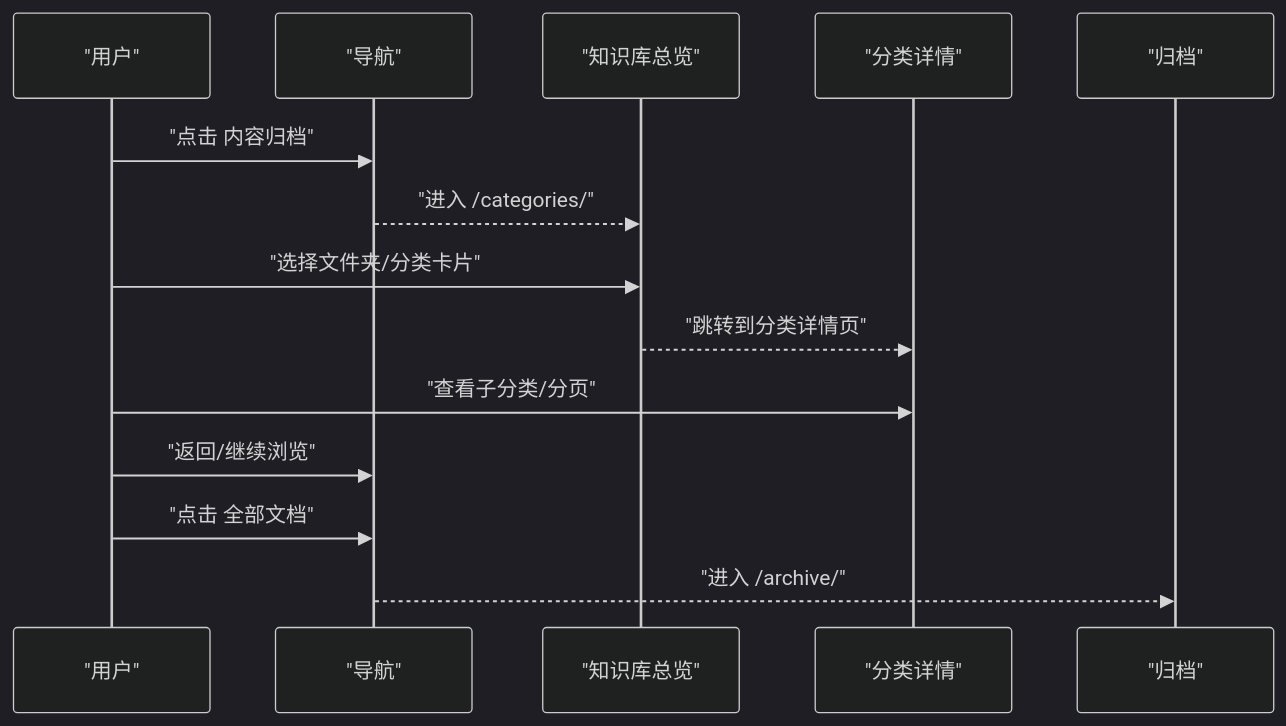
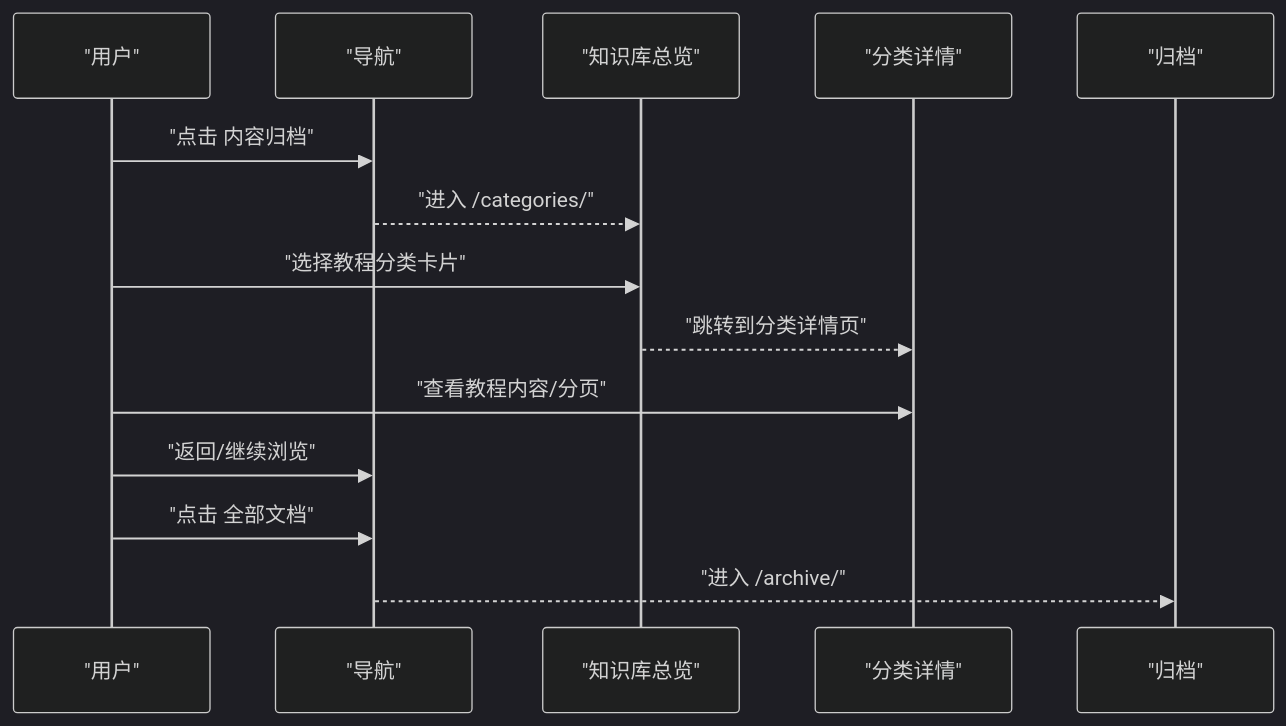
One commit to FXnadu/rainyNight-11ty changed the sixth of 8 diagrams in .qoder/repowiki/zh/content/内容管理系统/内容组织结构.md. Above: the diagram before and after it, drawn with Mermaid (dark theme). The commit also changed other lines of this file and 79 other files, not shown here.

````diff
--- a/.qoder/repowiki/zh/content/内容管理系统/内容组织结构.md
+++ b/.qoder/repowiki/zh/content/内容管理系统/内容组织结构.md
@@ -251,16 +284,16 @@
 ```mermaid
 sequenceDiagram
 participant U as "用户"
 participant NAV as "导航"
 participant CAT as "知识库总览"
 participant DET as "分类详情"
 participant ARC as "归档"
 U->>NAV : "点击 内容归档"
 NAV-->>CAT : "进入 /categories/"
-U->>CAT : "选择文件夹/分类卡片"
+U->>CAT : "选择教程分类卡片"
 CAT-->>DET : "跳转到分类详情页"
-U->>DET : "查看子分类/分页"
+U->>DET : "查看教程内容/分页"
 U->>NAV : "返回/继续浏览"
 U->>NAV : "点击 全部文档"
 NAV-->>ARC : "进入 /archive/"
 ```
````
